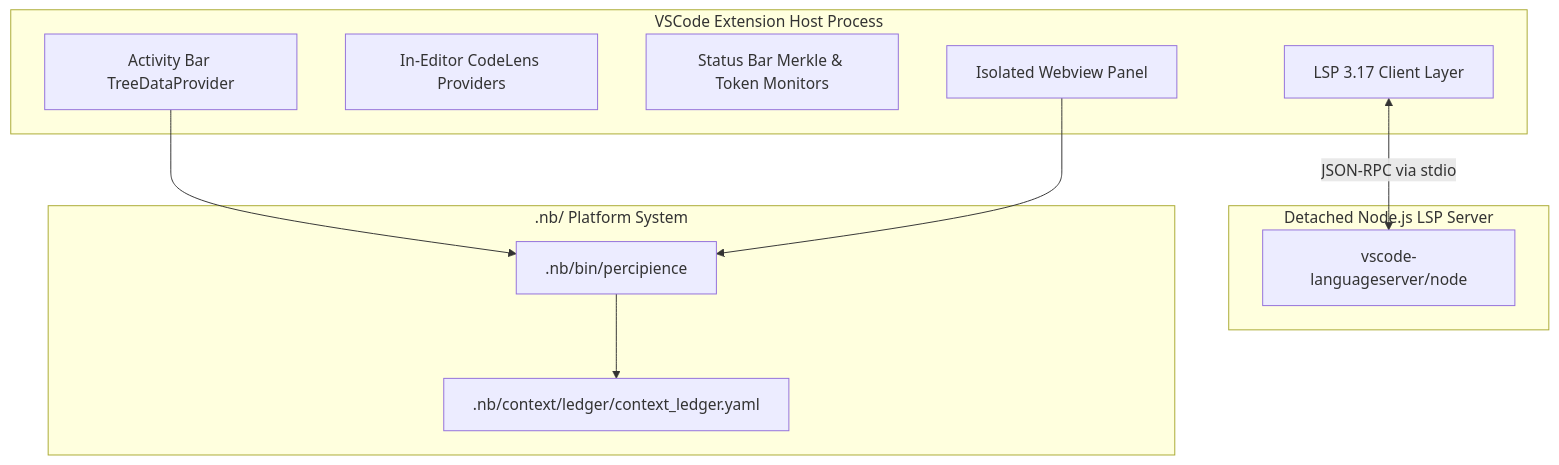
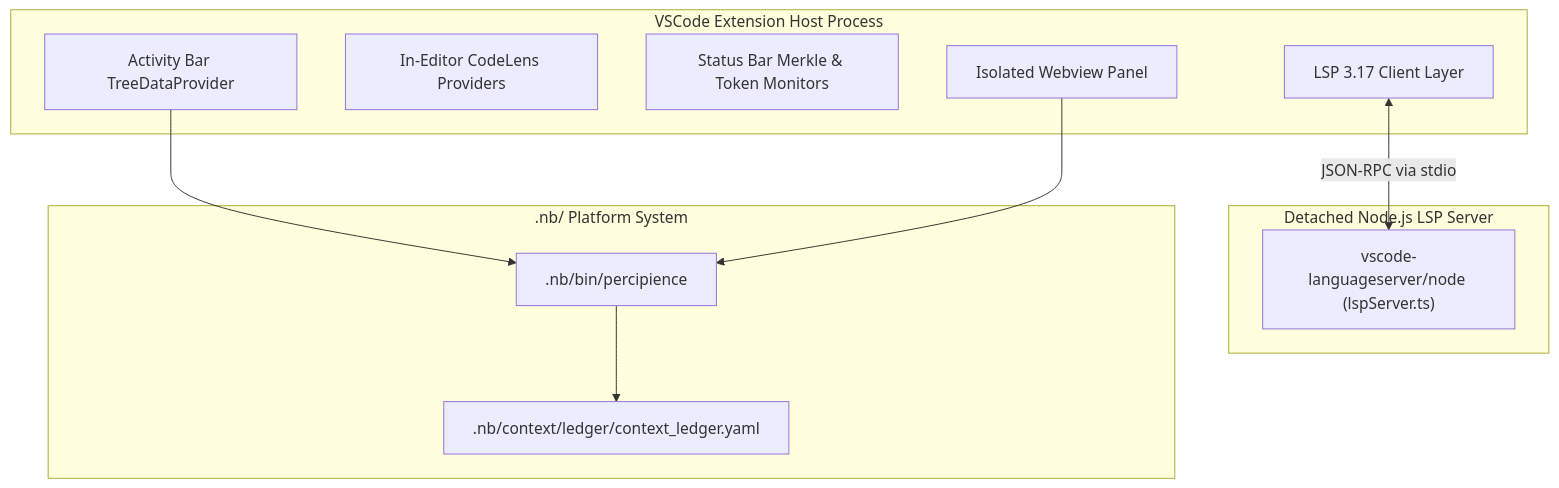
One commit to lakhwindersingh/nb_fairyfly changed the diagram in .nb/plan/l1/vscode-plugin/concise.md. Above: the diagram before and after it, drawn with Mermaid. The commit also changed other lines of this file and 6 other files, not shown here.

````diff
--- a/.nb/plan/l1/vscode-plugin/concise.md
+++ b/.nb/plan/l1/vscode-plugin/concise.md
@@ -25,24 +25,24 @@
 ```mermaid
 graph TD
   subgraph VSCode_Extension_Host["VSCode Extension Host Process"]
     ActivityBar["Activity Bar TreeDataProvider"]
     CodeLens["In-Editor CodeLens Providers"]
     StatusBar["Status Bar Merkle & Token Monitors"]
     LspClient["LSP 3.17 Client Layer"]
     WebviewPanel["Isolated Webview Panel"]
   end
 
   subgraph Detached_LSP_Server["Detached Node.js LSP Server"]
-    LspServer["vscode-languageserver/node"]
+    LspServer["vscode-languageserver/node (lspServer.ts)"]
   end
 
   subgraph Local_Platform[".nb/ Platform System"]
     PlatformCli[".nb/bin/percipience"]
     LedgerFile[".nb/context/ledger/context_ledger.yaml"]
   end
 
   LspClient <-->|JSON-RPC via stdio| LspServer
   ActivityBar --> PlatformCli
   WebviewPanel --> PlatformCli
   PlatformCli --> LedgerFile
 ```
````
